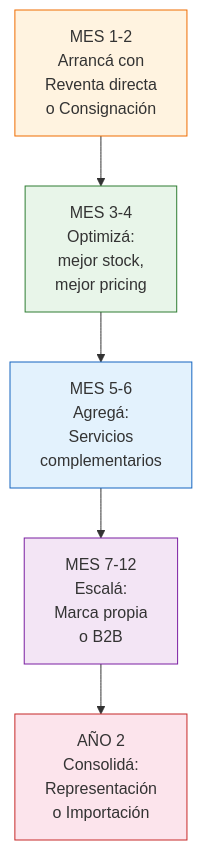
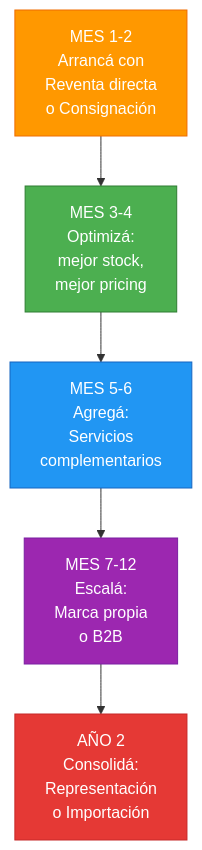
One commit to barrosignacioezequiel-coder/docs changed the second of 2 diagrams in app/paso1-argentina/empezar-de-cero/comparacion-modelos.mdx. Above: the diagram before and after it, drawn with Mermaid. The commit also changed other lines of this file and 66 other files, not shown here.

First line of the commit message:
fix: resolve Mermaid v11 numbered list errors + improve contrast

````diff
--- a/app/paso1-argentina/empezar-de-cero/comparacion-modelos.mdx
+++ b/app/paso1-argentina/empezar-de-cero/comparacion-modelos.mdx
@@ -160,13 +160,13 @@
 ```mermaid
 graph TD
     A["MES 1-2<br/>Arrancá con<br/>Reventa directa<br/>o Consignación"] --> B["MES 3-4<br/>Optimizá:<br/>mejor stock,<br/>mejor pricing"]
     B --> C["MES 5-6<br/>Agregá:<br/>Servicios<br/>complementarios"]
     C --> D["MES 7-12<br/>Escalá:<br/>Marca propia<br/>o B2B"]
     D --> E["AÑO 2<br/>Consolidá:<br/>Representación<br/>o Importación"]
 
-    style A fill:#fff3e0,stroke:#ef6c00
-    style B fill:#e8f5e9,stroke:#2e7d32
-    style C fill:#e3f2fd,stroke:#1565c0
-    style D fill:#f3e5f5,stroke:#7b1fa2
-    style E fill:#fce4ec,stroke:#c62828
+    style A fill:#ff9800,stroke:#ef6c00,color:#fff
+    style B fill:#4caf50,stroke:#2e7d32,color:#fff
+    style C fill:#2196f3,stroke:#1565c0,color:#fff
+    style D fill:#9c27b0,stroke:#7b1fa2,color:#fff
+    style E fill:#e53935,stroke:#c62828,color:#fff
 ```
````
